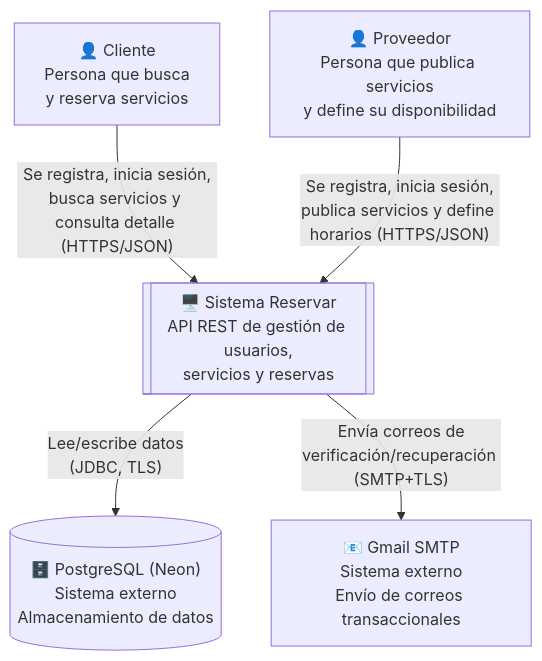
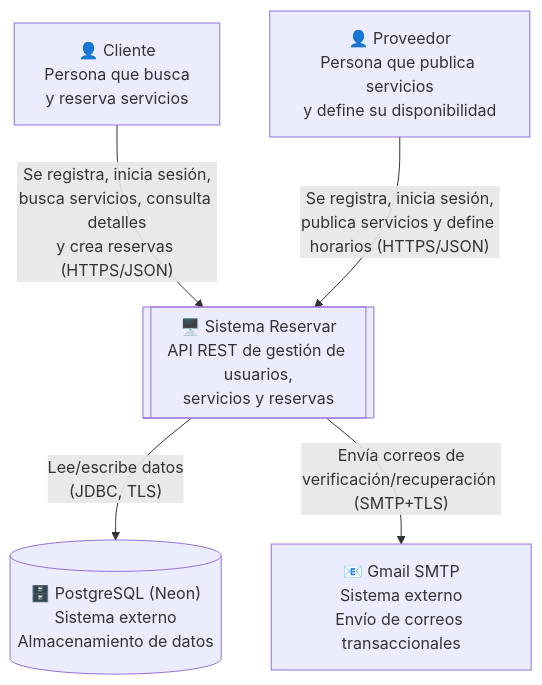
Before and after one commit to FabricaEscuela20262-EAV09/FabricaEscuela202602_EAV09: the first of 6 diagrams in README.md, drawn with Mermaid. The commit also changed other lines of this file, not shown here.

````diff
--- a/README.md
+++ b/README.md
@@ -45,13 +50,13 @@
 ```mermaid
 graph TD
     Cliente["👤 Cliente<br/>Persona que busca<br/>y reserva servicios"]
     Proveedor["👤 Proveedor<br/>Persona que publica servicios<br/>y define su disponibilidad"]
     Sistema[["🖥️ Sistema Reservar<br/>API REST de gestión de usuarios,<br/>servicios y reservas"]]
     BD[("🗄️ PostgreSQL (Neon)<br/>Sistema externo<br/>Almacenamiento de datos")]
     Correo["📧 Gmail SMTP<br/>Sistema externo<br/>Envío de correos transaccionales"]
- 
-    Cliente -->|"Se registra, inicia sesión,<br/>busca servicios y consulta detalle (HTTPS/JSON)"| Sistema
+
+    Cliente -->|"Se registra, inicia sesión,<br/>busca servicios, consulta detalles<br/>y crea reservas (HTTPS/JSON)"| Sistema
     Proveedor -->|"Se registra, inicia sesión,<br/>publica servicios y define horarios (HTTPS/JSON)"| Sistema
     Sistema -->|"Lee/escribe datos<br/>(JDBC, TLS)"| BD
     Sistema -->|"Envía correos de<br/>verificación/recuperación (SMTP+TLS)"| Correo
 ```
````
